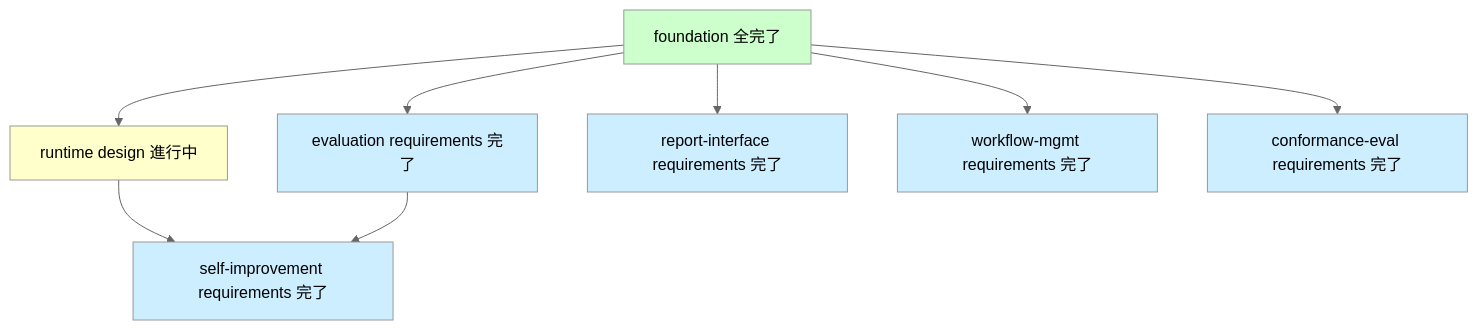
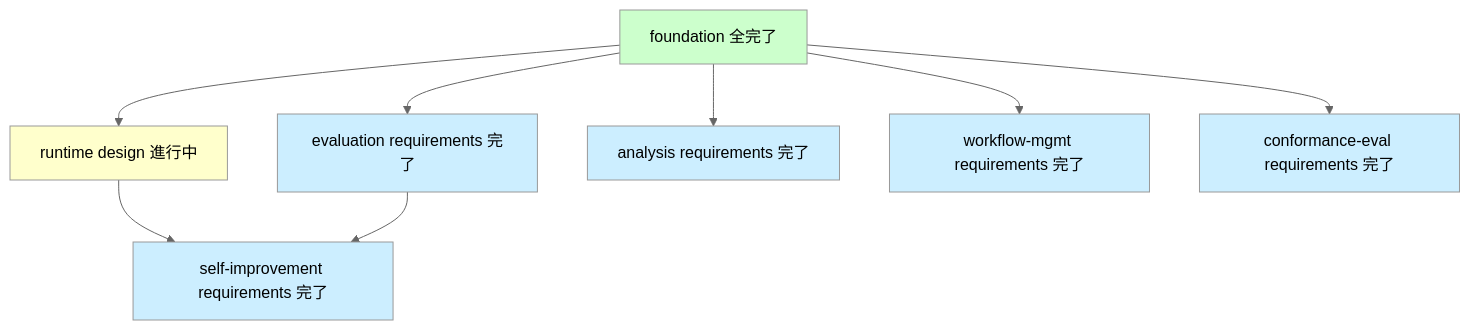
Before and after one commit to kenoogl/Rwiki-dev: the diagram in .kiro/methodology/dual-reviewer-spec-driven-paper/reviewcompass-reconstruction-plan-2026-05-21.md, drawn with Mermaid (neutral theme). The commit also changed other lines of this file and 1 other file, not shown here.

First line of the commit message:
ReviewCompass 再構築計画書に §5.14 analysis 機能、§5.15 runtime 仕様、§5.16 workflow 改善仕様を新設、§5.9.3 にモデル特定情報を追加

````diff
--- a/.kiro/methodology/dual-reviewer-spec-driven-paper/reviewcompass-reconstruction-plan-2026-05-21.md
+++ b/.kiro/methodology/dual-reviewer-spec-driven-paper/reviewcompass-reconstruction-plan-2026-05-21.md
@@ -1137,13 +1164,13 @@
 ```mermaid
 graph TD
     F[foundation 全完了]:::done --> R[runtime design 進行中]:::wip
     F --> E[evaluation requirements 完了]:::partial
-    F --> RI[report-interface requirements 完了]:::partial
+    F --> RI[analysis requirements 完了]:::partial
     F --> WM[workflow-mgmt requirements 完了]:::partial
     R --> SI[self-improvement requirements 完了]:::partial
     E --> SI
     F --> CE[conformance-eval requirements 完了]:::partial
     classDef done fill:#cfc
     classDef wip fill:#ffc
     classDef partial fill:#cef
 ```
````
